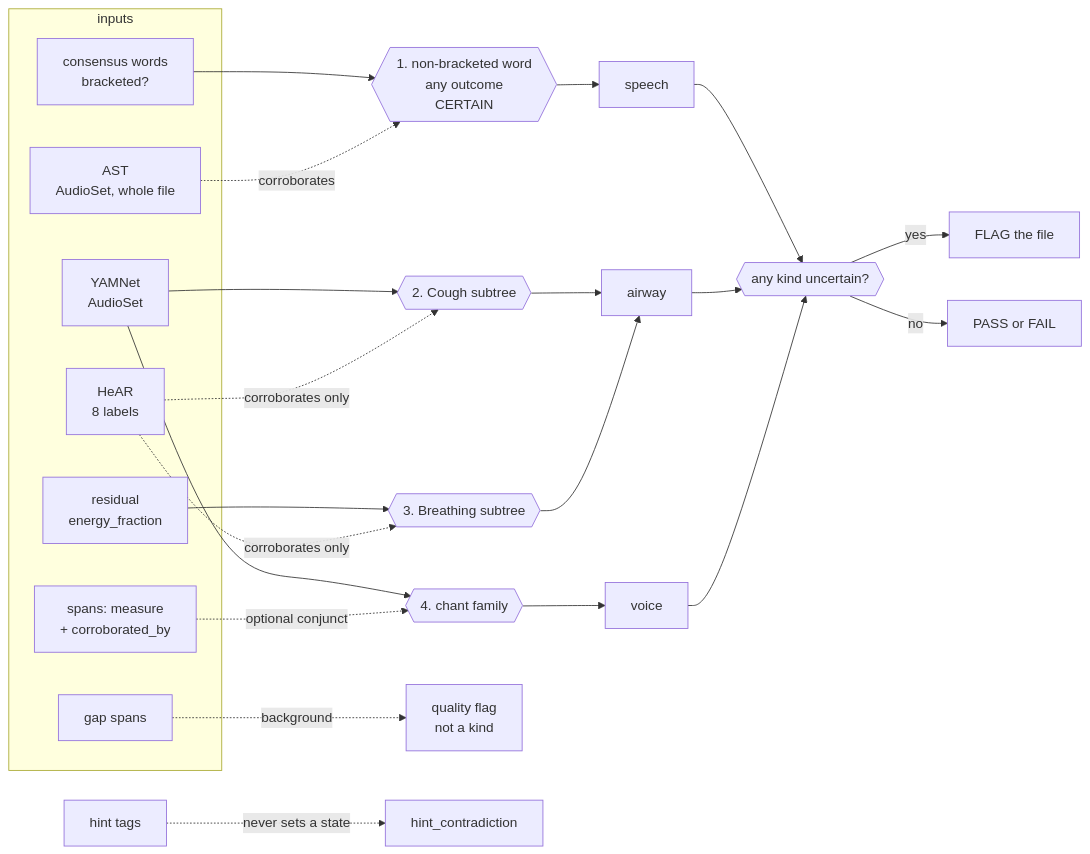
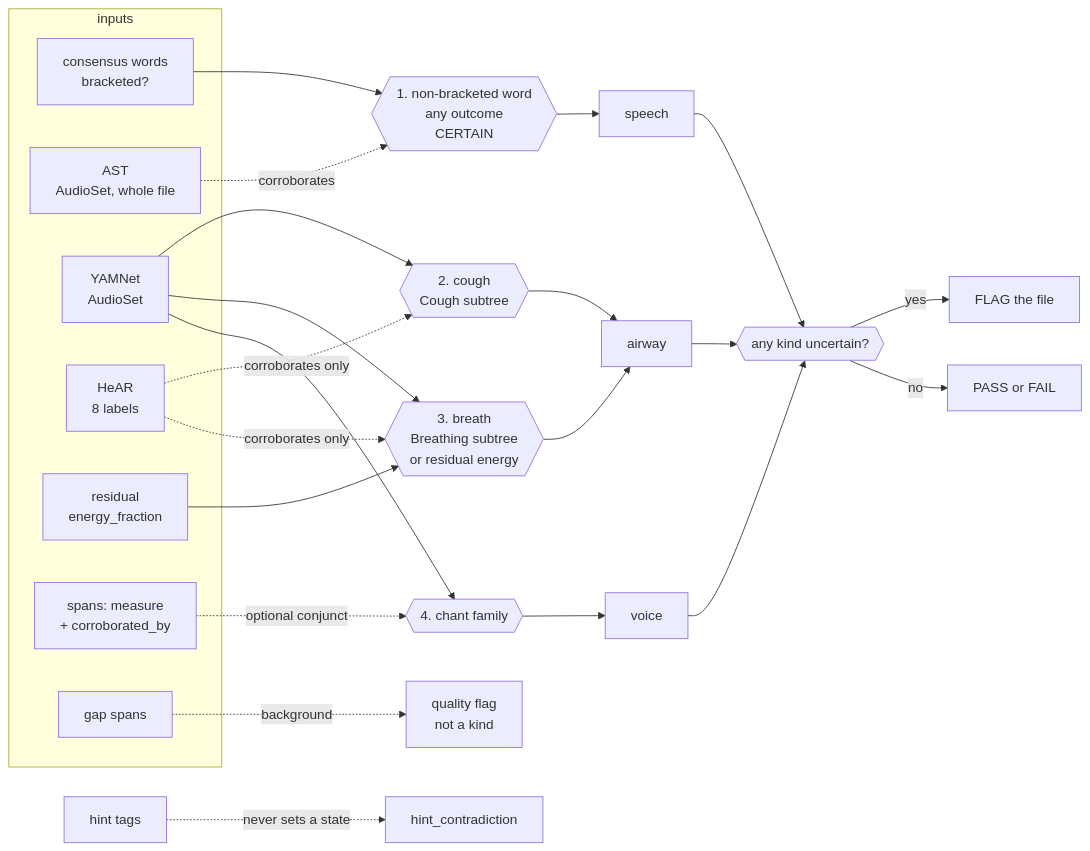
One commit to sensein/senselab changed the second of 2 diagrams in specs/20260817-triage-workflow-dag/dag.md. Above: the diagram before and after it, drawn with Mermaid. The commit also changed other lines of this file and 1 other file, not shown here.

Commit message:
docs(triage-dag): three corrections to the PROPOSED rewrite
- the chant family is 4.7 points more sensitive than the 3 s span floor, not 4.5
- the HeAR/AudioSet string overlap is checked against a run's own 521 YAMNet
  label keys, and the four near-misses are named
- the diagram had the residual raising the Breathing subtree; YAMNet raises it
  and the residual is the second line into the same breath pathway

````diff
--- a/specs/20260817-triage-workflow-dag/dag.md
+++ b/specs/20260817-triage-workflow-dag/dag.md
@@ -587,31 +587,32 @@
 ```mermaid
 graph LR
   subgraph inputs
     ASR["consensus words<br/>bracketed?"]
     AST["AST<br/>AudioSet, whole file"]
     YAM["YAMNet<br/>AudioSet"]
     HEAR["HeAR<br/>8 labels"]
     RES["residual<br/>energy_fraction"]
     SPN["spans: measure<br/>+ corroborated_by"]
     GAP["gap spans"]
   end
   ASR --> P1{{"1. non-bracketed word<br/>any outcome<br/>CERTAIN"}}
   AST -.corroborates.-> P1
-  YAM --> P2{{"2. Cough subtree"}}
-  RES --> P3{{"3. Breathing subtree"}}
+  YAM --> P2{{"2. cough<br/>Cough subtree"}}
+  YAM --> P3{{"3. breath<br/>Breathing subtree<br/>or residual energy"}}
+  RES --> P3
   HEAR -.corroborates only.-> P2
   HEAR -.corroborates only.-> P3
   YAM --> P4{{"4. chant family"}}
   SPN -.optional conjunct.-> P4
   P1 --> SPE["speech"]
   P2 --> AIR["airway"]
   P3 --> AIR
   P4 --> VOI["voice"]
   SPE --> FOLD{{"any kind uncertain?"}}
   AIR --> FOLD
   VOI --> FOLD
   FOLD -->|yes| FLAG["FLAG the file"]
   FOLD -->|no| DEC["PASS or FAIL"]
   GAP -.background.-> QF["quality flag<br/>not a kind"]
   HINT["hint tags"] -.never sets a state.-> HC["hint_contradiction"]
 ```
````
